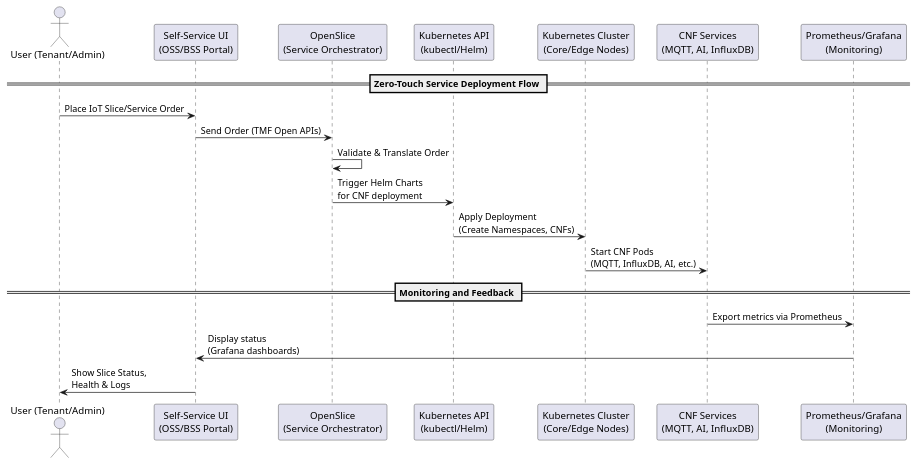
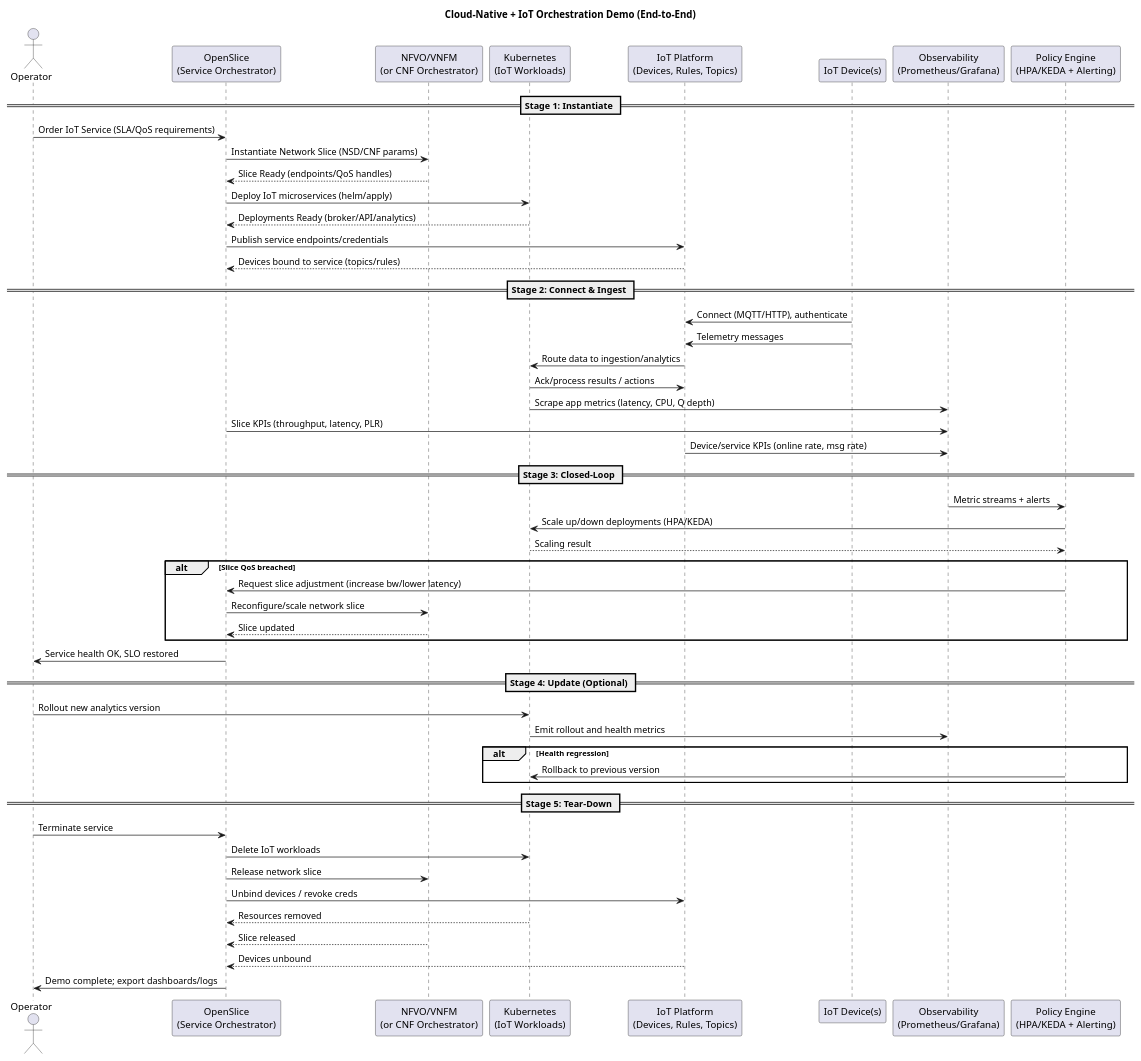
The diagram in demo/workflow.puml (Siong23/zero-touch-iot-core), drawn with PlantUML before and after one commit.

```diff
--- a/demo/workflow.puml
+++ b/demo/workflow.puml
@@ -1,25 +1,64 @@
 @startuml
-actor "User (Tenant/Admin)" as User
-participant "Self-Service UI\n(OSS/BSS Portal)" as Portal
-participant "OpenSlice\n(Service Orchestrator)" as OpenSlice
-participant "Kubernetes API\n(kubectl/Helm)" as K8sAPI
-participant "Kubernetes Cluster\n(Core/Edge Nodes)" as Cluster
-participant "CNF Services\n(MQTT, AI, InfluxDB)" as CNFs
-participant "Prometheus/Grafana\n(Monitoring)" as Monitor
+title Cloud-Native + IoT Orchestration Demo (End-to-End)
 
-== Zero-Touch Service Deployment Flow ==
+actor Operator
+participant "OpenSlice\n(Service Orchestrator)" as OS
+participant "NFVO/VNFM\n(or CNF Orchestrator)" as NFV
+participant "Kubernetes\n(IoT Workloads)" as K8s
+participant "IoT Platform\n(Devices, Rules, Topics)" as IOT
+participant "IoT Device(s)" as DEV
+participant "Observability\n(Prometheus/Grafana)" as OBS
+participant "Policy Engine\n(HPA/KEDA + Alerting)" as POL
 
-User -> Portal : Place IoT Slice/Service Order
-Portal -> OpenSlice : Send Order (TMF Open APIs)
-OpenSlice -> OpenSlice : Validate & Translate Order
-OpenSlice -> K8sAPI : Trigger Helm Charts\nfor CNF deployment
-K8sAPI -> Cluster : Apply Deployment\n(Create Namespaces, CNFs)
-Cluster -> CNFs : Start CNF Pods\n(MQTT, InfluxDB, AI, etc.)
+== Stage 1: Instantiate ==
+Operator -> OS : Order IoT Service (SLA/QoS requirements)
+OS -> NFV : Instantiate Network Slice (NSD/CNF params)
+NFV --> OS : Slice Ready (endpoints/QoS handles)
 
-== Monitoring and Feedback ==
+OS -> K8s : Deploy IoT microservices (helm/apply)
+K8s --> OS : Deployments Ready (broker/API/analytics)
 
-CNFs -> Monitor : Export metrics via Prometheus
-Monitor -> Portal : Display status\n(Grafana dashboards)
-Portal -> User : Show Slice Status,\nHealth & Logs
+OS -> IOT : Publish service endpoints/credentials
+IOT --> OS : Devices bound to service (topics/rules)
+
+== Stage 2: Connect & Ingest ==
+DEV -> IOT : Connect (MQTT/HTTP), authenticate
+DEV -> IOT : Telemetry messages
+IOT -> K8s : Route data to ingestion/analytics
+K8s -> IOT : Ack/process results / actions
+
+OBS <- K8s : Scrape app metrics (latency, CPU, Q depth)
+OBS <- OS : Slice KPIs (throughput, latency, PLR)
+OBS <- IOT : Device/service KPIs (online rate, msg rate)
+
+== Stage 3: Closed-Loop ==
+OBS -> POL : Metric streams + alerts
+POL -> K8s : Scale up/down deployments (HPA/KEDA)
+K8s --> POL : Scaling result
+
+alt Slice QoS breached
+  POL -> OS : Request slice adjustment (increase bw/lower latency)
+  OS -> NFV : Reconfigure/scale network slice
+  NFV --> OS : Slice updated
+end
+
+OS -> Operator : Service health OK, SLO restored
+
+== Stage 4: Update (Optional) ==
+Operator -> K8s : Rollout new analytics version
+K8s -> OBS : Emit rollout and health metrics
+alt Health regression
+  POL -> K8s : Rollback to previous version
+end
+
+== Stage 5: Tear-Down ==
+Operator -> OS : Terminate service
+OS -> K8s : Delete IoT workloads
+OS -> NFV : Release network slice
+OS -> IOT : Unbind devices / revoke creds
+K8s --> OS : Resources removed
+NFV --> OS : Slice released
+IOT --> OS : Devices unbound
+OS -> Operator : Demo complete; export dashboards/logs
 
 @enduml
```
